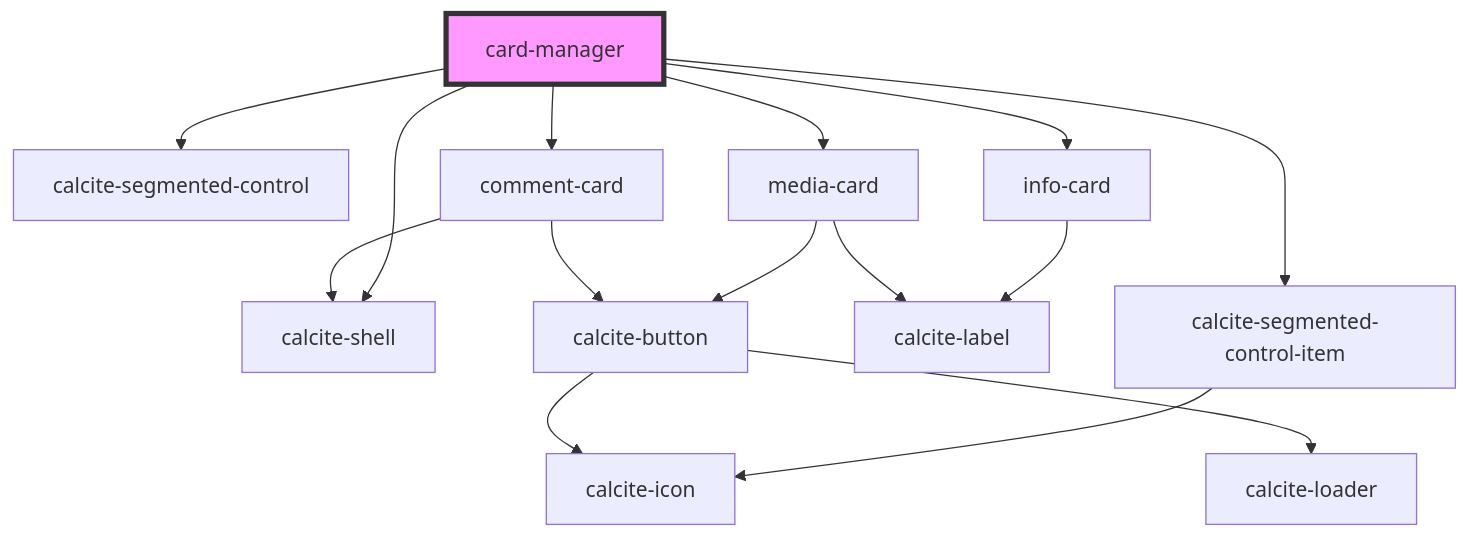
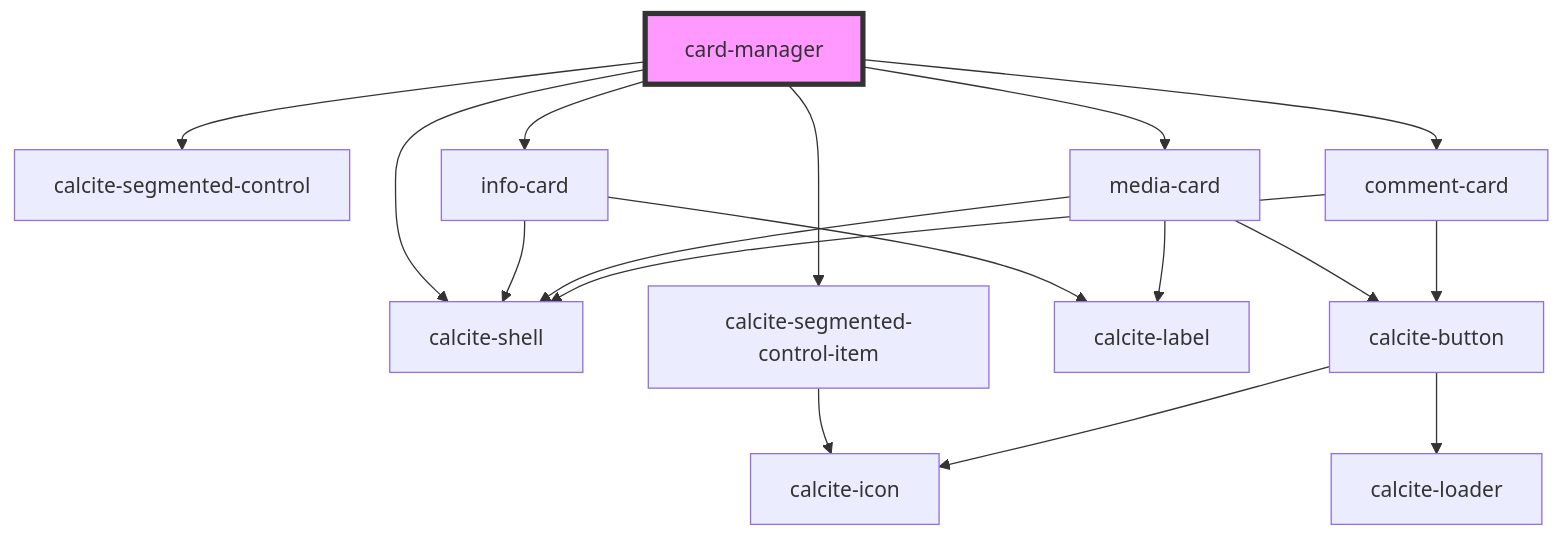
One commit to Esri/solutions-components changed the diagram in src/components/card-manager/readme.md. Above: the diagram before and after it, drawn with Mermaid. The commit also changed 7 other files, not shown here.

````diff
--- a/src/components/card-manager/readme.md
+++ b/src/components/card-manager/readme.md
@@ -29,18 +29,20 @@
 ```mermaid
 graph TD;
   card-manager --> calcite-shell
   card-manager --> calcite-segmented-control
   card-manager --> calcite-segmented-control-item
   card-manager --> info-card
   card-manager --> media-card
   card-manager --> comment-card
   calcite-segmented-control-item --> calcite-icon
+  info-card --> calcite-shell
   info-card --> calcite-label
   media-card --> calcite-button
+  media-card --> calcite-shell
   media-card --> calcite-label
   calcite-button --> calcite-loader
   calcite-button --> calcite-icon
   comment-card --> calcite-shell
   comment-card --> calcite-button
   style card-manager fill:#f9f,stroke:#333,stroke-width:4px
 ```
````
